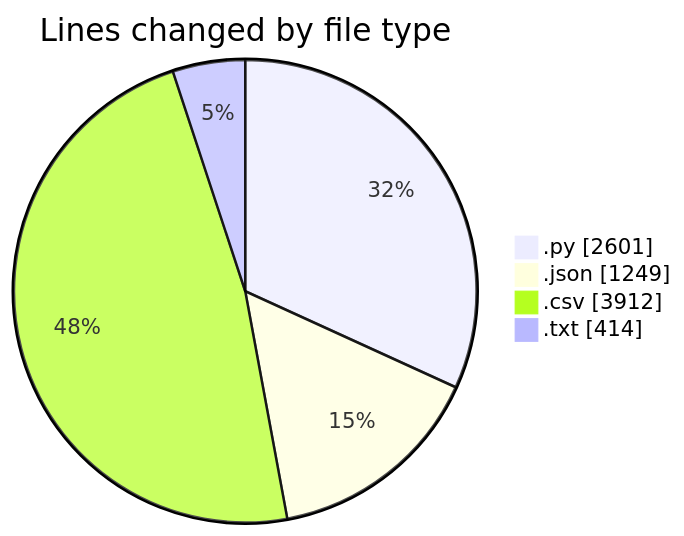
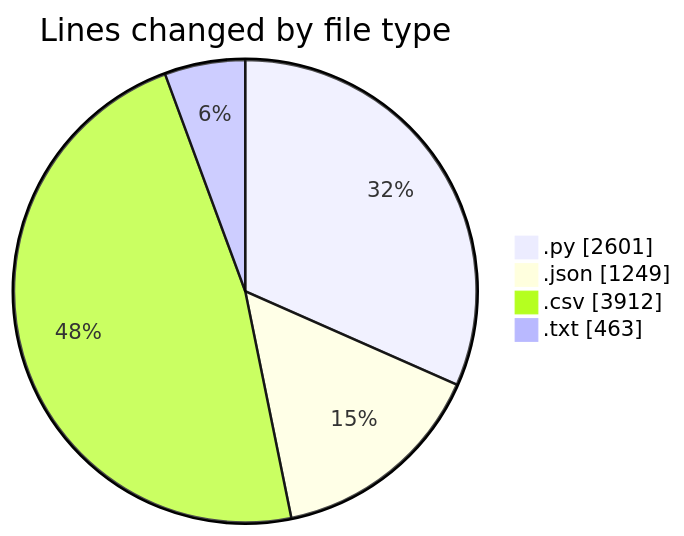
One commit to EIIisD/code-tracking changed the first of 2 diagrams in 2025-07-28/refunds/README.md. Above: the diagram before and after it, drawn with Mermaid. The commit also changed other lines of this file and 1 other file, not shown here.

````diff
--- a/2025-07-28/refunds/README.md
+++ b/2025-07-28/refunds/README.md
@@ -26,8 +27,8 @@
 ```mermaid
 pie showData
 title Lines changed by file type
 ".py" : 2601
 ".json" : 1249
 ".csv" : 3912
-".txt" : 414
+".txt" : 463
 ```
````
